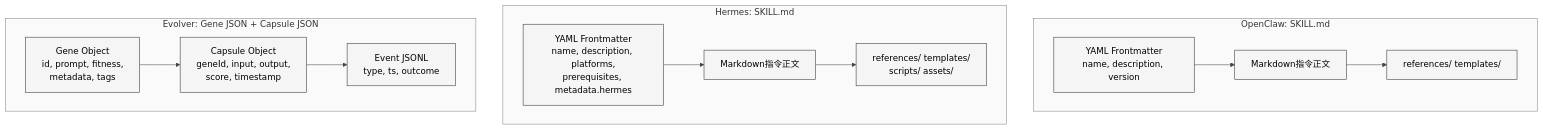
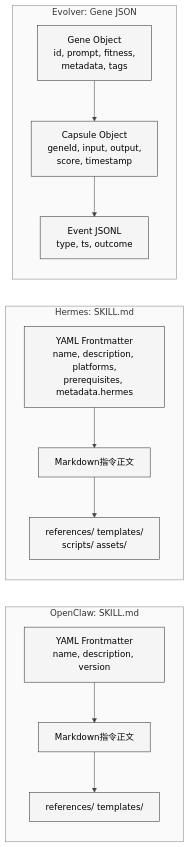
One commit to xiaonancs/hermes-agent-study changed the first of 5 diagrams in Part III 同源项目对比分析/30-三项目Skill系统对比.md. Above: the diagram before and after it, drawn with Mermaid. The commit also changed other lines of this file and 32 other files, not shown here.

First line of the commit message:
Mermaid 图表修复：白色背景板 + 长宽比优化

````diff
--- a/Part III 同源项目对比分析/30-三项目Skill系统对比.md
+++ b/Part III 同源项目对比分析/30-三项目Skill系统对比.md
@@ -13,27 +13,27 @@
 ```mermaid
 %%{init: {'theme': 'neutral', 'themeVariables': {'background': '#ffffff', 'primaryColor': '#f5f5f5', 'primaryTextColor': '#000000', 'primaryBorderColor': '#333333', 'lineColor': '#444444', 'textColor': '#000000', 'mainBkg': '#f5f5f5', 'nodeBorder': '#333333', 'clusterBkg': '#fafafa', 'clusterBorder': '#888888', 'edgeLabelBackground': '#ffffff'}}}%%
-graph TB
+graph LR
     subgraph OpenClaw_Format["OpenClaw: SKILL.md"]
         OC_FM["YAML Frontmatter<br/>name, description, version"]
         OC_BODY["Markdown指令正文"]
         OC_REF["references/ templates/"]
         
         OC_FM --> OC_BODY --> OC_REF
     end
     
     subgraph Hermes_Format["Hermes: SKILL.md"]
         H_FM["YAML Frontmatter<br/>name, description, platforms,<br/>prerequisites, metadata.hermes"]
         H_BODY["Markdown指令正文"]
         H_REF["references/ templates/<br/>scripts/ assets/"]
         
         H_FM --> H_BODY --> H_REF
     end
     
-    subgraph Evolver_Format["Evolver: Gene JSON + Capsule JSON"]
+    subgraph Evolver_Format["Evolver: Gene JSON"]
         E_GENE["Gene Object<br/>id, prompt, fitness,<br/>metadata, tags"]
         E_CAPSULE["Capsule Object<br/>geneId, input, output,<br/>score, timestamp"]
         E_EVENT["Event JSONL<br/>type, ts, outcome"]
         
         E_GENE --> E_CAPSULE --> E_EVENT
     end
 ```
````
